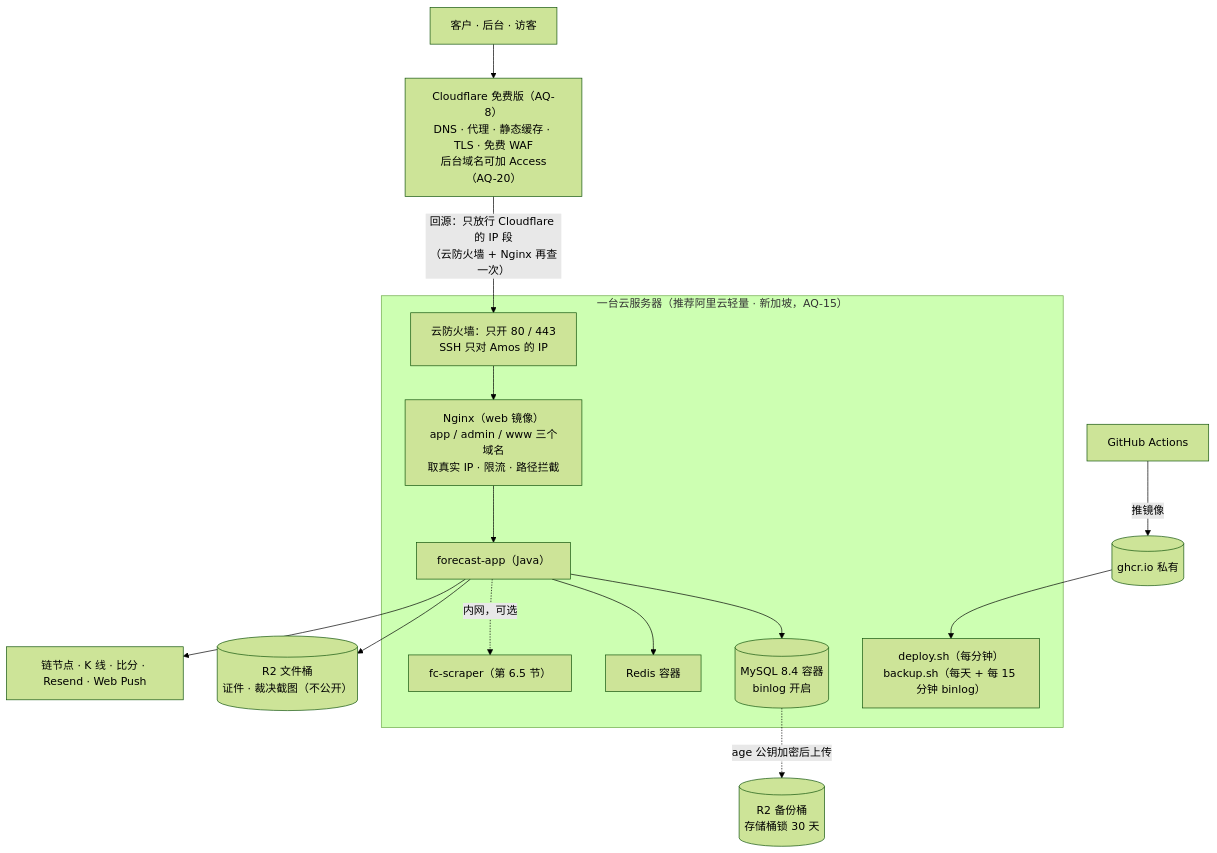
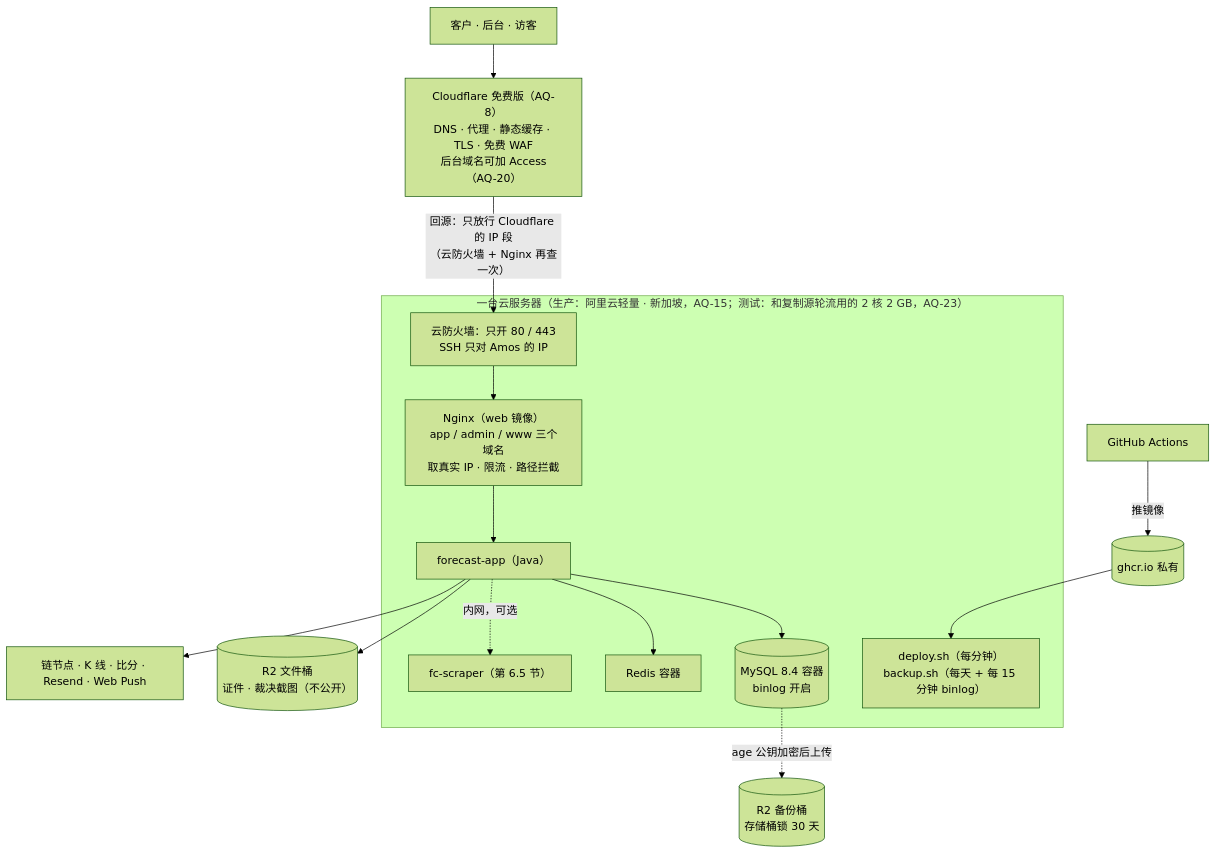
The seventh of 10 diagrams in 技术方案/v1-架构方案.md (dollar3651314/forecast), drawn with Mermaid (forest theme) before and after one commit. The commit also changed other lines of this file and 17 other files, not shown here.

````diff
--- a/技术方案/v1-架构方案.md
+++ b/技术方案/v1-架构方案.md
@@ -1044,19 +1055,19 @@
 ```mermaid
 flowchart TB
     U["客户 · 后台 · 访客"] --> CF["Cloudflare 免费版（AQ-8）<br/>DNS · 代理 · 静态缓存 · TLS · 免费 WAF<br/>后台域名可加 Access（AQ-20）"]
     CF -->|"回源：只放行 Cloudflare 的 IP 段<br/>（云防火墙 + Nginx 再查一次）"| FW
-    subgraph S["一台云服务器（推荐阿里云轻量 · 新加坡，AQ-15）"]
+    subgraph S["一台云服务器（生产：阿里云轻量 · 新加坡，AQ-15；测试：和复制源轮流用的 2 核 2 GB，AQ-23）"]
         FW["云防火墙：只开 80 / 443<br/>SSH 只对 Amos 的 IP"]
         FW --> N["Nginx（web 镜像）<br/>app / admin / www 三个域名<br/>取真实 IP · 限流 · 路径拦截"]
         N --> A["forecast-app（Java）"]
         A --> DB[("MySQL 8.4 容器<br/>binlog 开启")]
         A --> R["Redis 容器"]
         A -.->|"内网，可选"| SC["fc-scraper（第 6.5 节）"]
         T["deploy.sh（每分钟）<br/>backup.sh（每天 + 每 15 分钟 binlog）"]
     end
     DB -.->|"age 公钥加密后上传"| R2B[("R2 备份桶<br/>存储桶锁 30 天")]
     A --> R2F[("R2 文件桶<br/>证件 · 裁决截图（不公开）")]
     A --> EXT["链节点 · K 线 · 比分 · Resend · Web Push"]
     GH["GitHub Actions"] -->|"推镜像"| REG[("ghcr.io 私有")]
     REG --> T
 ```
````
